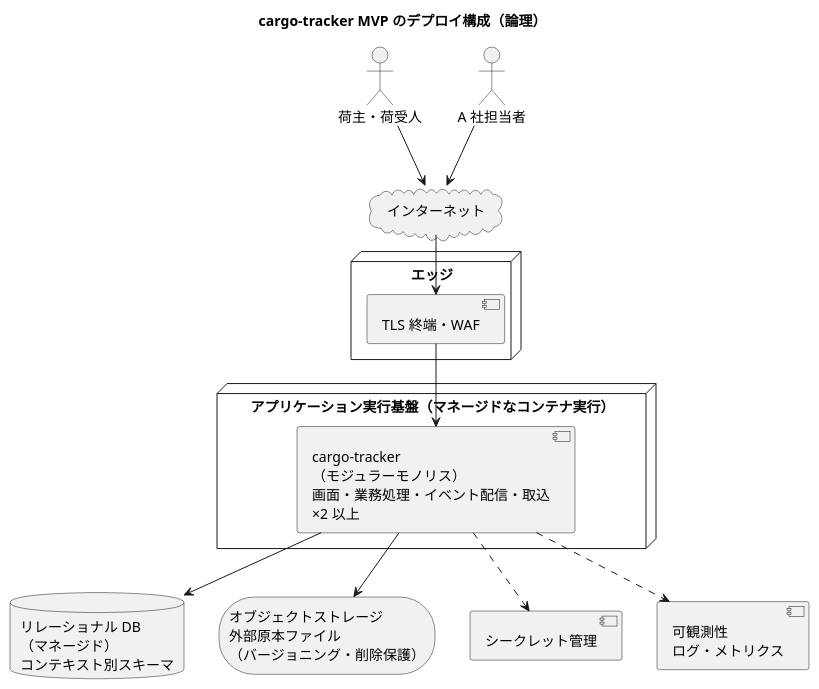
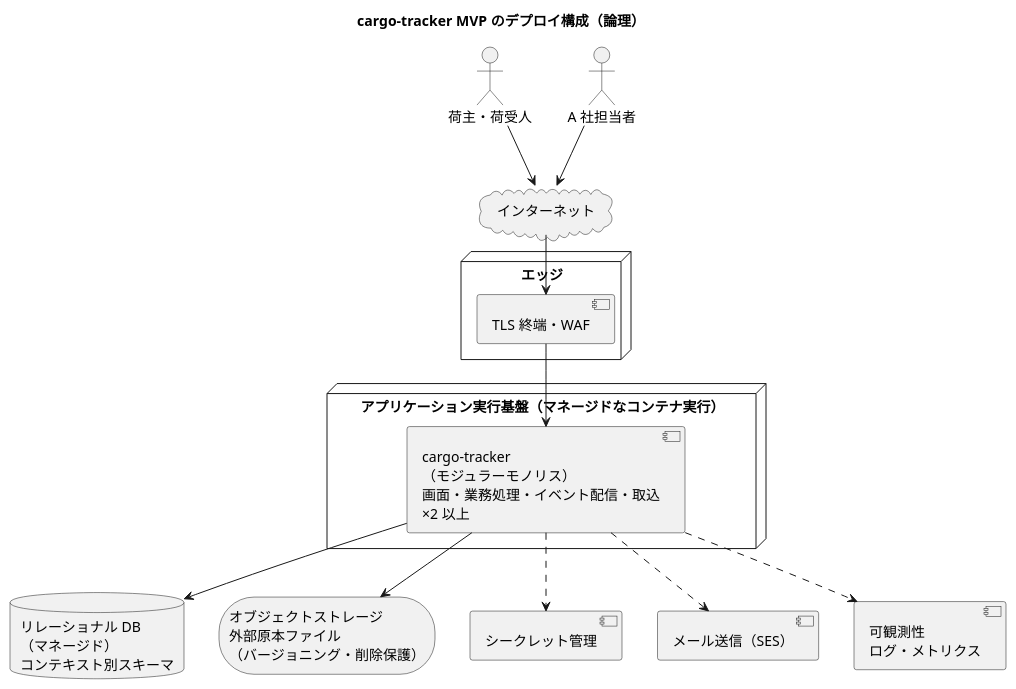
Before and after one commit to k2works/practical-domain-driven-design-in-enterpris-application: the first of 2 diagrams in docs/design/cargo-tracker/architecture_infrastructure.md, drawn with PlantUML. The commit also changed other lines of this file and 25 other files, not shown here.

````diff
--- a/docs/design/cargo-tracker/architecture_infrastructure.md
+++ b/docs/design/cargo-tracker/architecture_infrastructure.md
@@ -33,32 +34,34 @@
 ```plantuml
 @startuml
 title cargo-tracker MVP のデプロイ構成（論理）
 
 actor "荷主・荷受人" as customer
 actor "A 社担当者" as staff
 
 cloud "インターネット" as net
 
 node "エッジ" {
   [TLS 終端・WAF] as edge
 }
 
 node "アプリケーション実行基盤（マネージドなコンテナ実行）" {
   [cargo-tracker\n（モジュラーモノリス）\n画面・業務処理・イベント配信・取込\n×2 以上] as app
 }
 
 database "リレーショナル DB\n（マネージド）\nコンテキスト別スキーマ" as db
 storage "オブジェクトストレージ\n外部原本ファイル\n（バージョニング・削除保護）" as obj
 [シークレット管理] as secrets
+[メール送信（SES）] as mail
 [可観測性\nログ・メトリクス] as obs
 
 customer --> net
 staff --> net
 net --> edge
 edge --> app
 app --> db
 app --> obj
 app ..> secrets
+app ..> mail
 app ..> obs
 @enduml
 ```
````
